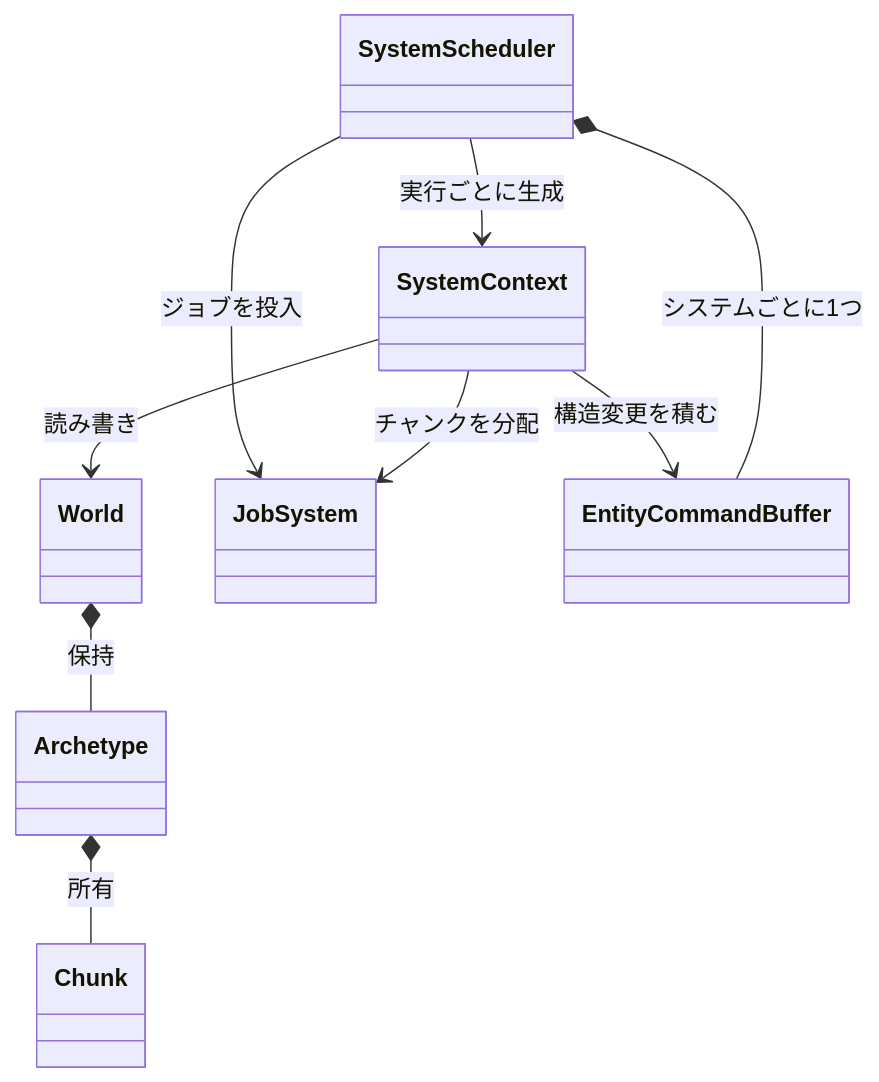
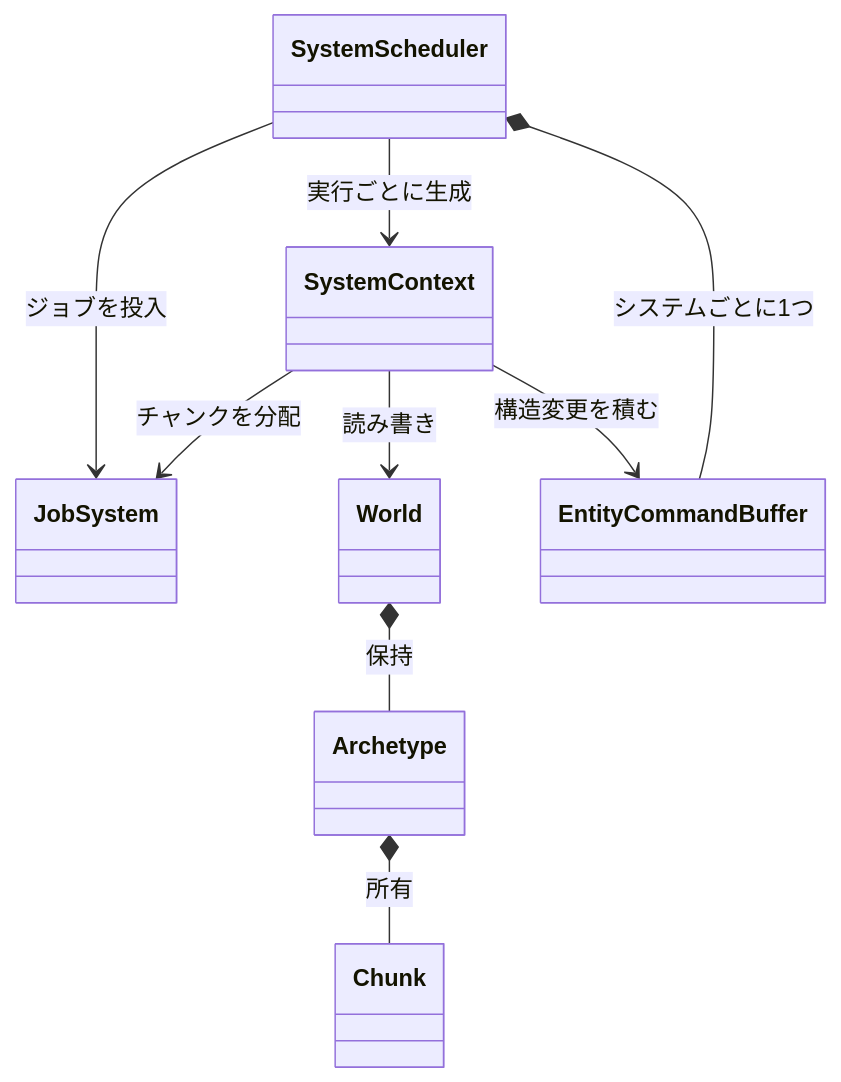
One commit to Nerunell11/Nerunell11.github.io changed the second of 4 diagrams in src/content/works/nexus.md. Above: the diagram before and after it, drawn with Mermaid. The commit also changed other lines of this file and 3 other files, not shown here.

First line of the commit message:
ほかの作品の図も矢印の交差をなくす

````diff
--- a/src/content/works/nexus.md
+++ b/src/content/works/nexus.md
@@ -99,19 +99,19 @@
 ```mermaid
 classDiagram
 direction TB
-class World
-class Archetype
-class Chunk
 class SystemScheduler
 class SystemContext
 class JobSystem
+class World
 class EntityCommandBuffer
+class Archetype
+class Chunk
+SystemScheduler --> SystemContext : 実行ごとに生成
+SystemScheduler --> JobSystem : ジョブを投入
+SystemContext --> JobSystem : チャンクを分配
+SystemContext --> World : 読み書き
+SystemContext --> EntityCommandBuffer : 構造変更を積む
+SystemScheduler *-- EntityCommandBuffer : システムごとに1つ
 World *-- Archetype : 保持
 Archetype *-- Chunk : 所有
-SystemScheduler --> JobSystem : ジョブを投入
-SystemScheduler --> SystemContext : 実行ごとに生成
-SystemContext --> World : 読み書き
-SystemContext --> JobSystem : チャンクを分配
-SystemContext --> EntityCommandBuffer : 構造変更を積む
-SystemScheduler *-- EntityCommandBuffer : システムごとに1つ
 ```
````
